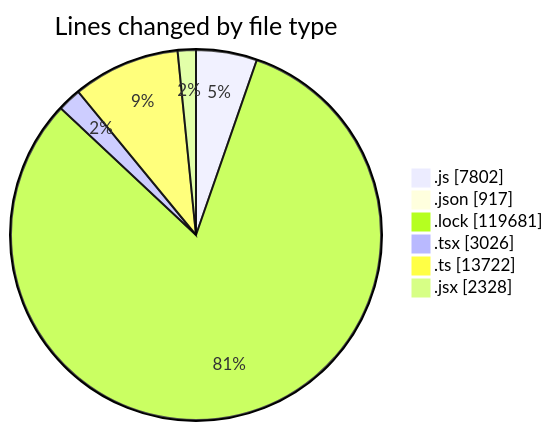
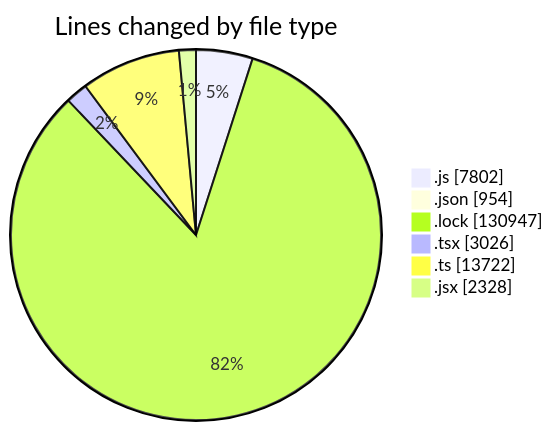
The first of 2 diagrams in 2025-12-18/cda/README.md (momahboobian/code-tracking), drawn with Mermaid before and after one commit. The commit also changed other lines of this file and 1 other file, not shown here.

````diff
--- a/2025-12-18/cda/README.md
+++ b/2025-12-18/cda/README.md
@@ -108,10 +108,10 @@
 ```mermaid
 pie showData
 title Lines changed by file type
 ".js" : 7802
-".json" : 917
-".lock" : 119681
+".json" : 954
+".lock" : 130947
 ".tsx" : 3026
 ".ts" : 13722
 ".jsx" : 2328
 ```
````
